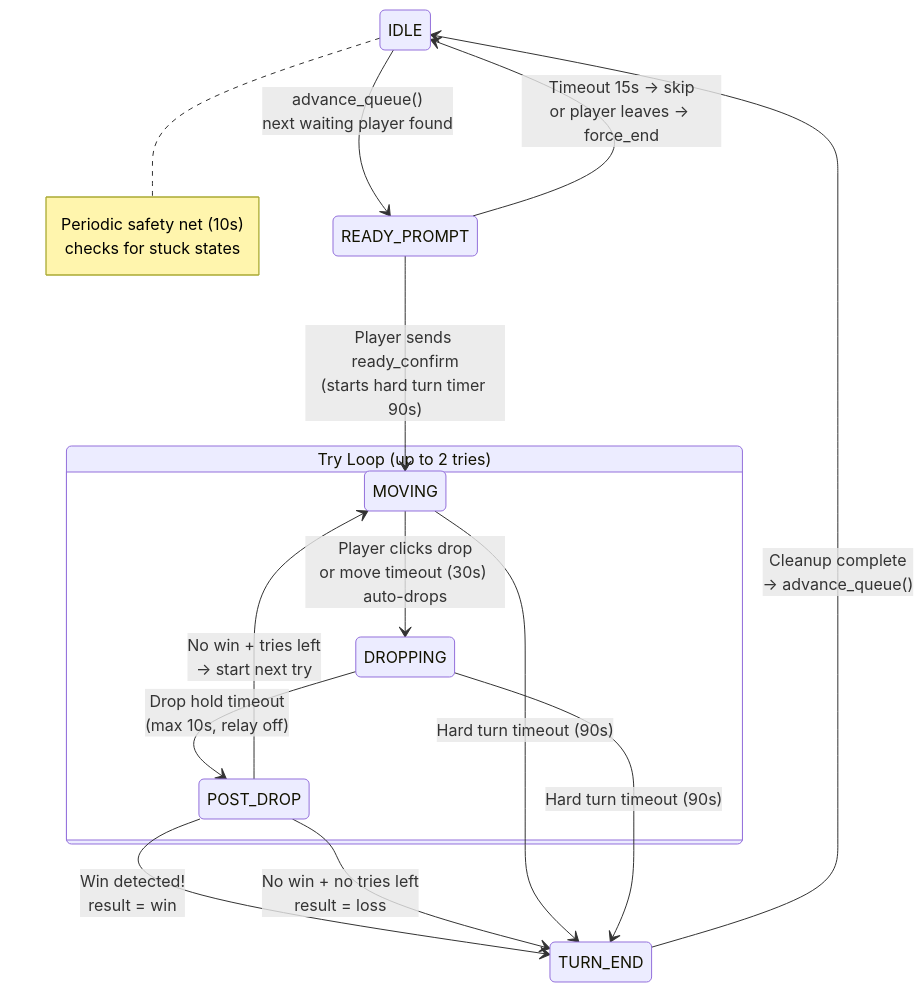
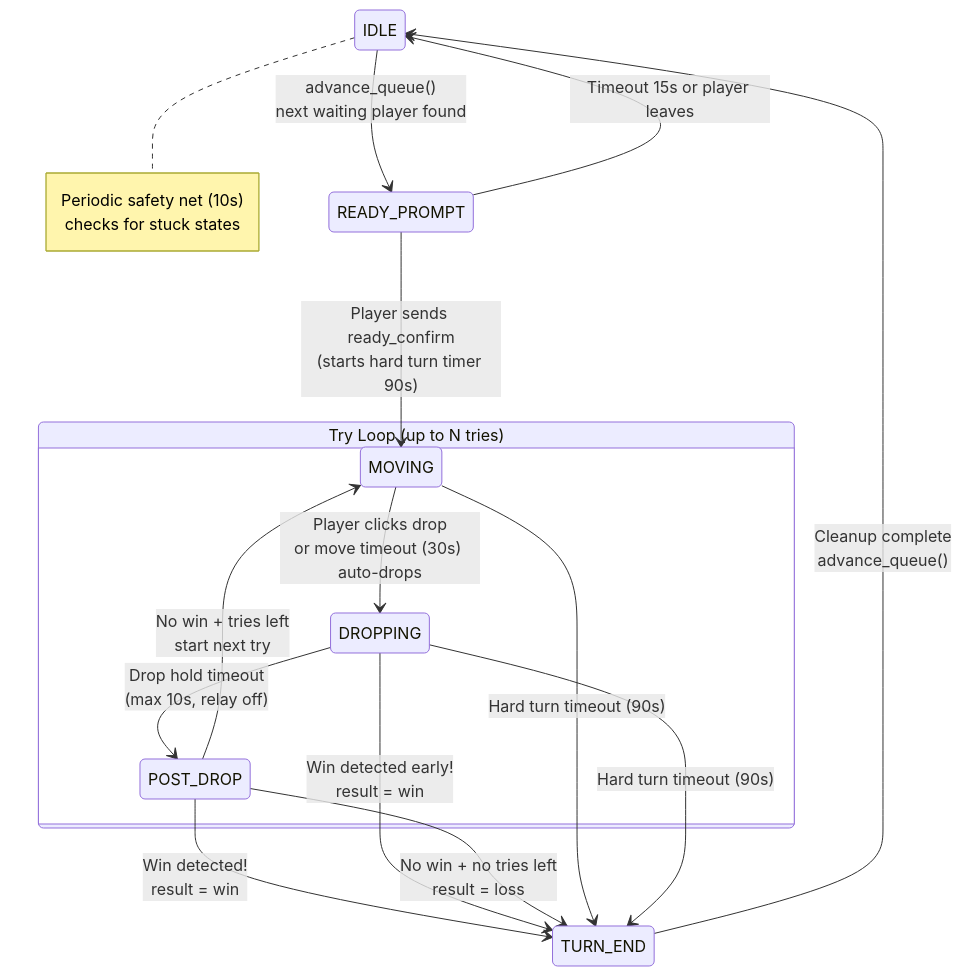
The third of 12 diagrams in docs/queue-flow.md (morroware/ECLAW), drawn with Mermaid before and after one commit. The commit also changed other lines of this file and 8 other files, not shown here.

````diff
--- a/docs/queue-flow.md
+++ b/docs/queue-flow.md
@@ -70,27 +132,28 @@
 ```mermaid
 stateDiagram-v2
     direction TB
 
     IDLE --> READY_PROMPT : advance_queue()<br/>next waiting player found
 
     READY_PROMPT --> MOVING : Player sends ready_confirm<br/>(starts hard turn timer 90s)
-    READY_PROMPT --> IDLE : Timeout 15s → skip<br/>or player leaves → force_end
+    READY_PROMPT --> IDLE : Timeout 15s or player leaves
 
-    state "Try Loop (up to 2 tries)" as TryLoop {
+    state "Try Loop (up to N tries)" as TryLoop {
         MOVING --> DROPPING : Player clicks drop<br/>or move timeout (30s) auto-drops
         DROPPING --> POST_DROP : Drop hold timeout<br/>(max 10s, relay off)
-        POST_DROP --> MOVING : No win + tries left<br/>→ start next try
+        POST_DROP --> MOVING : No win + tries left<br/>start next try
     }
 
     POST_DROP --> TURN_END : Win detected!<br/>result = win
+    DROPPING --> TURN_END : Win detected early!<br/>result = win
     POST_DROP --> TURN_END : No win + no tries left<br/>result = loss
     MOVING --> TURN_END : Hard turn timeout (90s)
     DROPPING --> TURN_END : Hard turn timeout (90s)
 
-    TURN_END --> IDLE : Cleanup complete<br/>→ advance_queue()
+    TURN_END --> IDLE : Cleanup complete<br/>advance_queue()
 
     note right of IDLE
         Periodic safety net (10s)
         checks for stuck states
     end note
 ```
````
